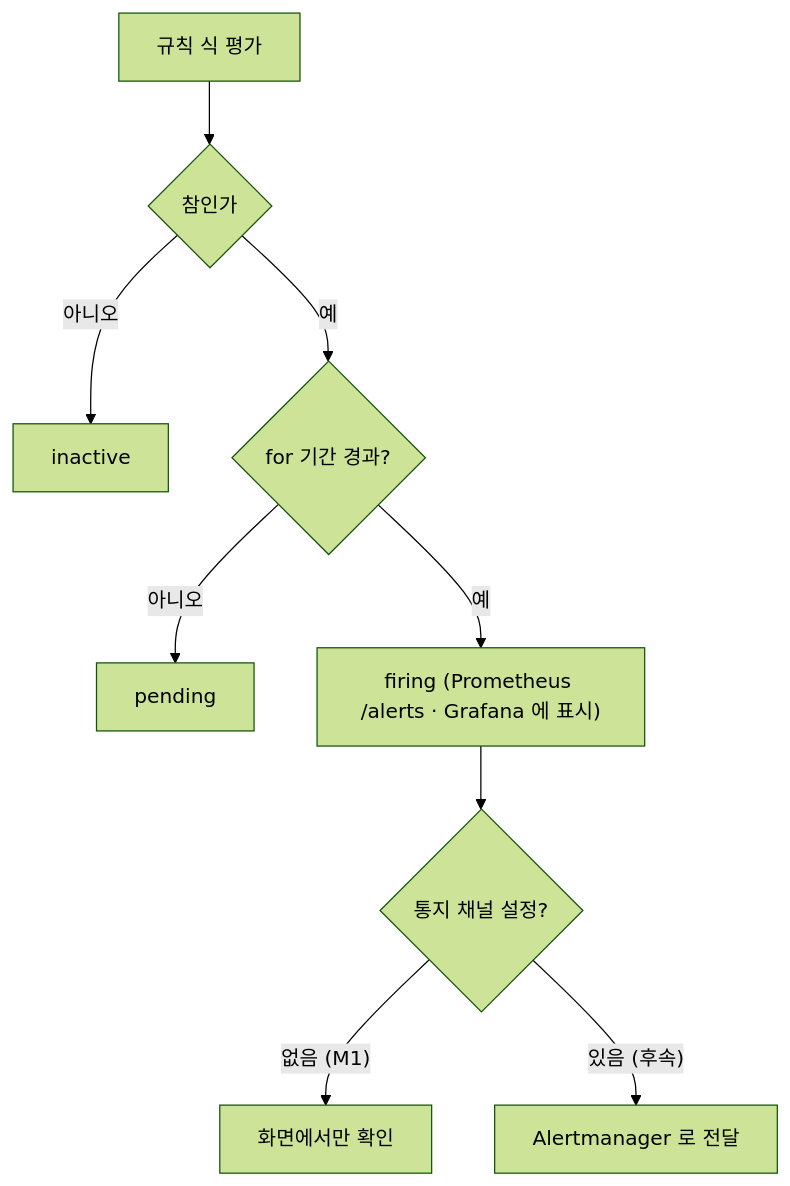
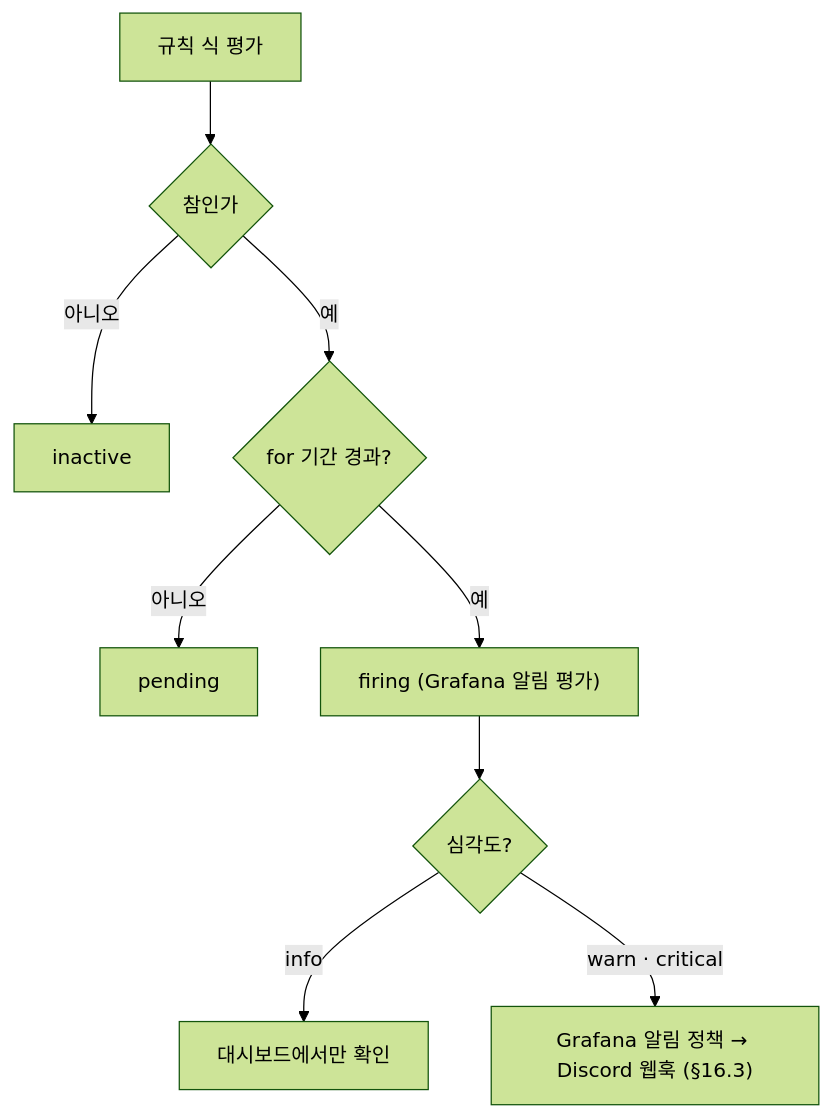
Before and after one commit to 1985jwlee/portpolio_backend: diagram 14 of 42 in docs/design/features/17-ops-observability.md, drawn with Mermaid (forest theme). The commit also changed other lines of this file and 18 other files, not shown here.

````diff
--- a/docs/design/features/17-ops-observability.md
+++ b/docs/design/features/17-ops-observability.md
@@ -808,11 +817,11 @@
 ```mermaid
 flowchart TD
     A["규칙 식 평가"] --> B{"참인가"}
     B -- "아니오" --> I["inactive"]
     B -- "예" --> C{"for 기간 경과?"}
     C -- "아니오" --> PD["pending"]
-    C -- "예" --> F["firing (Prometheus /alerts · Grafana 에 표시)"]
-    F --> N{"통지 채널 설정?"}
-    N -- "없음 (M1)" --> V["화면에서만 확인"]
-    N -- "있음 (후속)" --> AM["Alertmanager 로 전달"]
+    C -- "예" --> F["firing (Grafana 알림 평가)"]
+    F --> N{"심각도?"}
+    N -- "info" --> V["대시보드에서만 확인"]
+    N -- "warn · critical" --> AM["Grafana 알림 정책 → Discord 웹훅 (§16.3)"]
 ```
````
